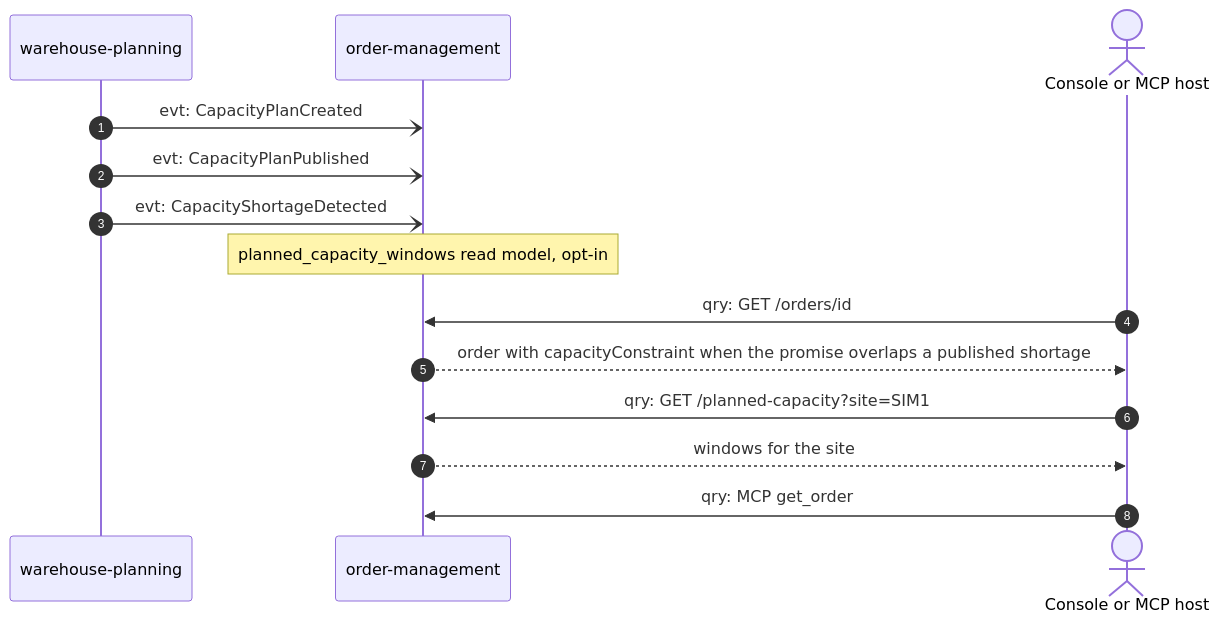
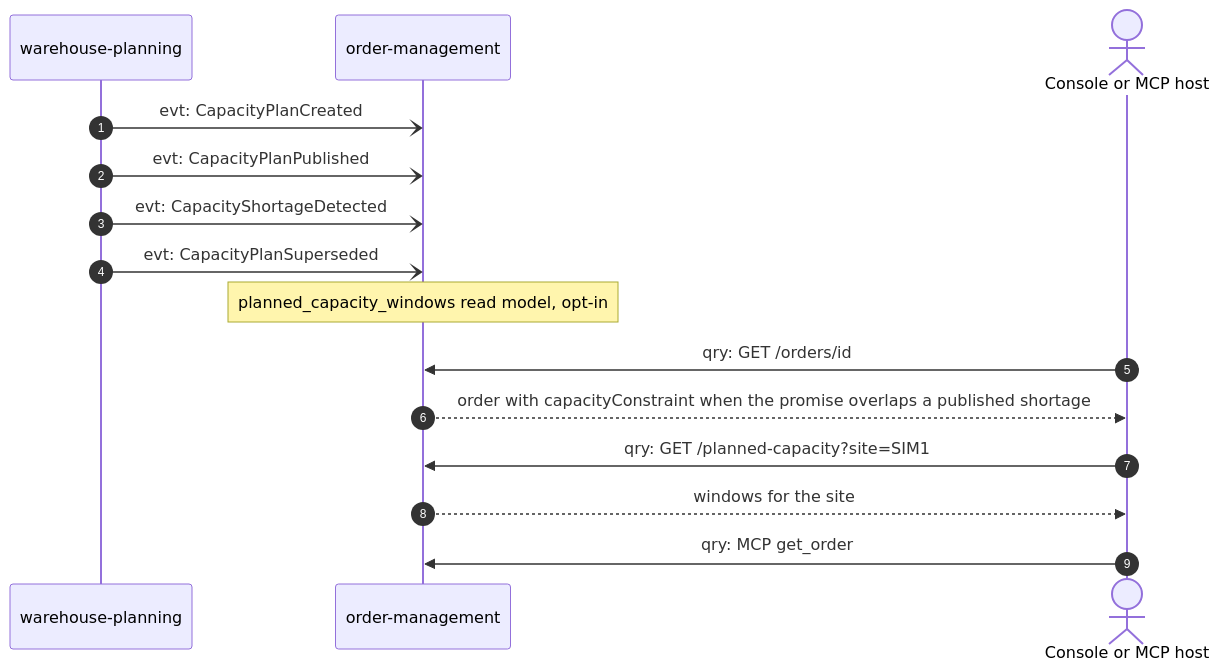
The fourth of 5 diagrams in docs/docs/ddd/domain-message-flow.md (IQVO/order-management), drawn with Mermaid before and after one commit. The commit also changed 14 other files, not shown here.

First line of the commit message:
docs(specs): CapacityPlanSuperseded in AsyncAPI, SUPERSEDED in OpenAPI (ADR 0052)

````diff
--- a/docs/docs/ddd/domain-message-flow.md
+++ b/docs/docs/ddd/domain-message-flow.md
@@ -131,17 +131,18 @@
 ```mermaid
 sequenceDiagram
   autonumber
   participant WPL as warehouse-planning
   participant OM as order-management
   actor Console as Console or MCP host
 
   WPL-)OM: evt: CapacityPlanCreated
   WPL-)OM: evt: CapacityPlanPublished
   WPL-)OM: evt: CapacityShortageDetected
+  WPL-)OM: evt: CapacityPlanSuperseded
   Note over OM: planned_capacity_windows read model, opt-in
   Console->>OM: qry: GET /orders/id
   OM-->>Console: order with capacityConstraint when the promise overlaps a published shortage
   Console->>OM: qry: GET /planned-capacity?site=SIM1
   OM-->>Console: windows for the site
   Console->>OM: qry: MCP get_order
 ```
````
